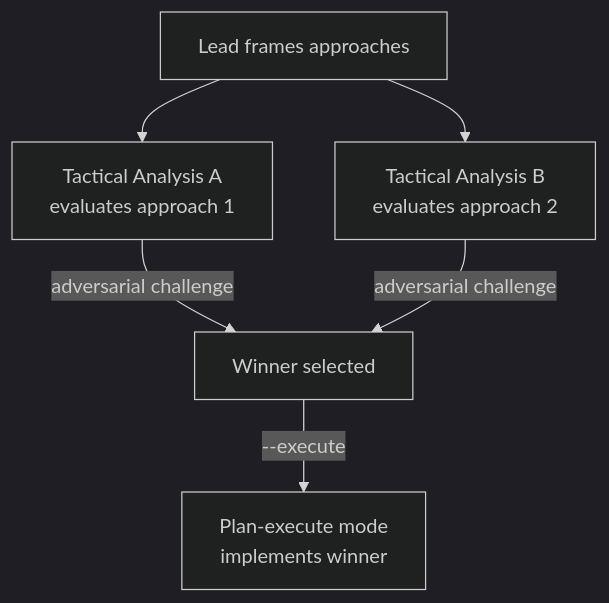
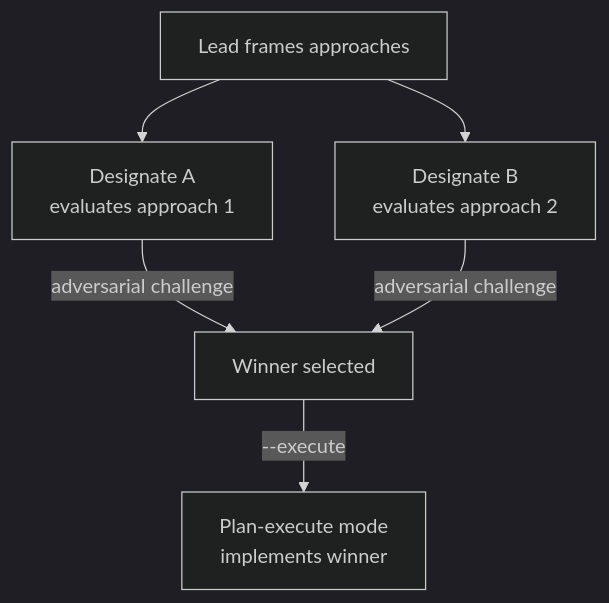
One commit to benediktms/unimatrix changed the ninth of 10 diagrams in README.md. Above: the diagram before and after it, drawn with Mermaid (dark theme). The commit also changed other lines of this file and 30 other files, not shown here.

````diff
--- a/README.md
+++ b/README.md
@@ -331,8 +331,8 @@
 ```mermaid
 flowchart TD
     Lead["Lead frames approaches"] --> TA1 & TA2
-    TA1["Tactical Analysis A<br/>evaluates approach 1"]
-    TA2["Tactical Analysis B<br/>evaluates approach 2"]
+    TA1["Designate A<br/>evaluates approach 1"]
+    TA2["Designate B<br/>evaluates approach 2"]
     TA1 & TA2 -->|adversarial challenge| Winner["Winner selected"]
     Winner -->|--execute| Impl["Plan-execute mode<br/>implements winner"]
 ```
````
